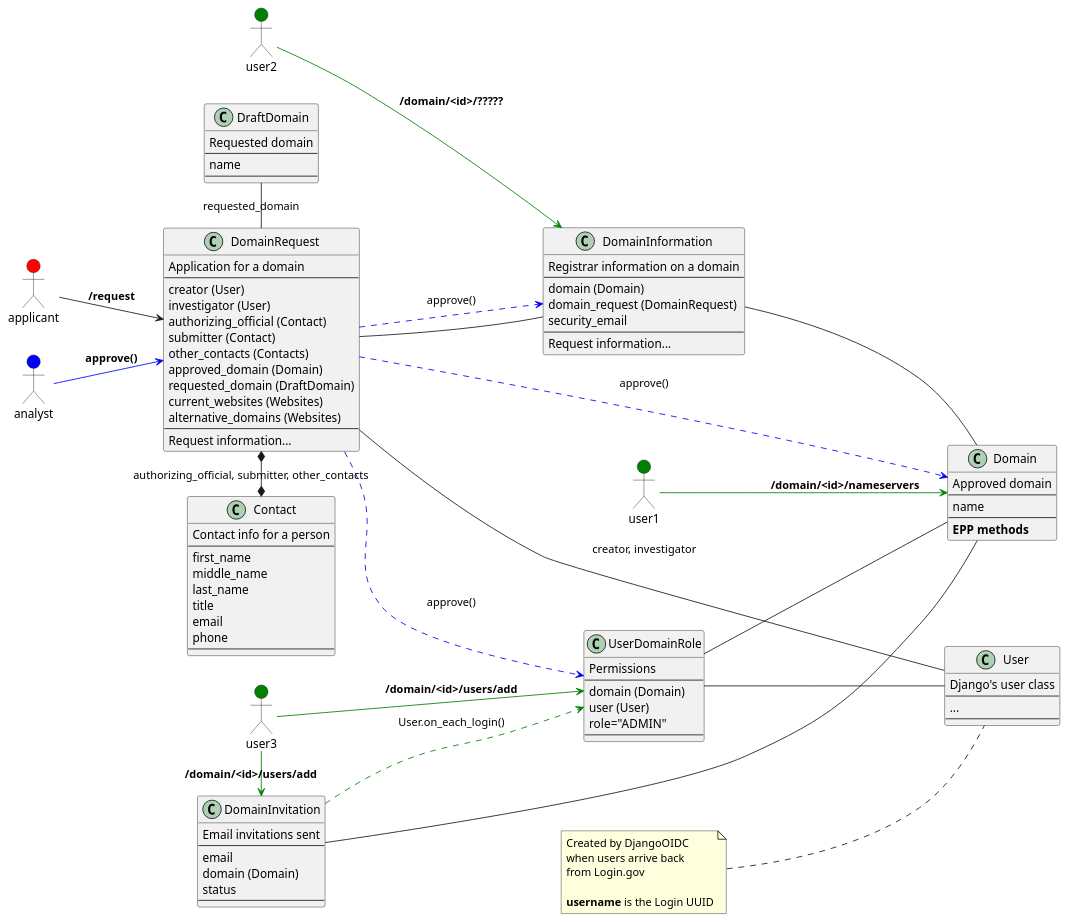
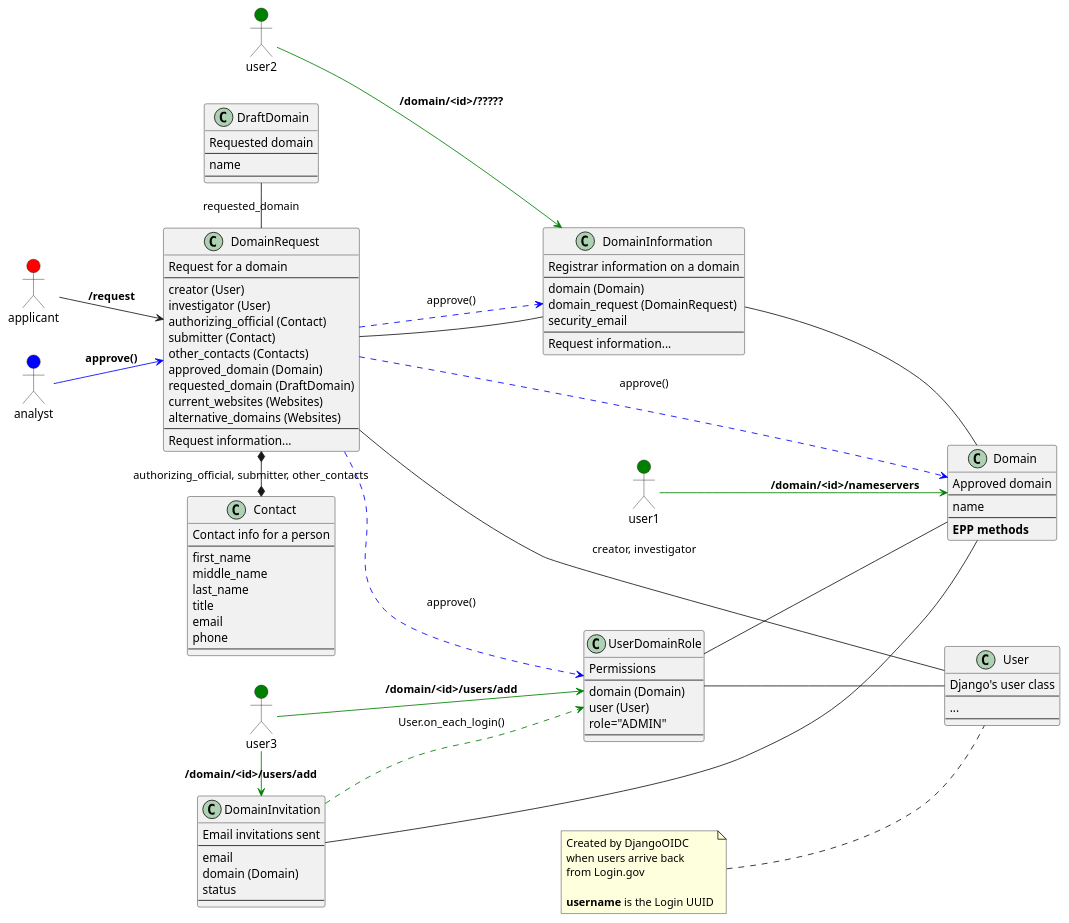
One commit to cisagov/manage.get.gov changed the diagram in docs/architecture/diagrams/model_timeline.md. Above: the diagram before and after it, drawn with PlantUML. The commit also changed 21 other files, not shown here.

```diff
--- a/docs/architecture/diagrams/model_timeline.md
+++ b/docs/architecture/diagrams/model_timeline.md
@@ -37,7 +37,7 @@
 left to right direction
 
 class DomainRequest {
-  Application for a domain
+  Request for a domain
   --
   creator (User)
   investigator (User)
```
